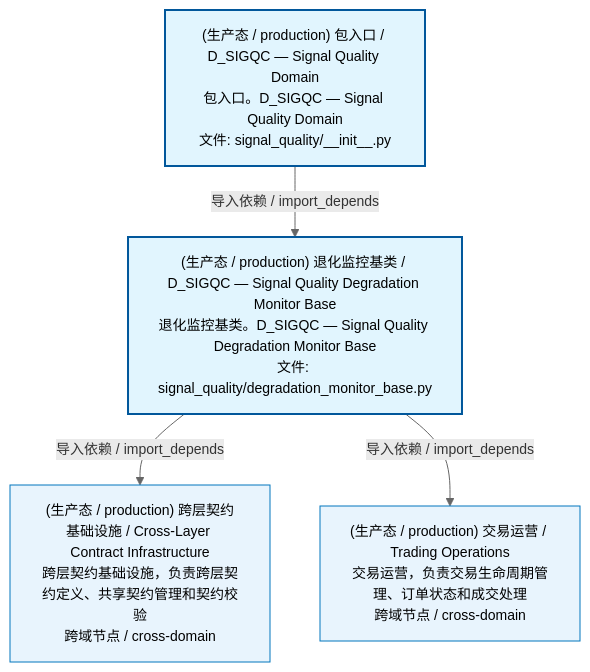
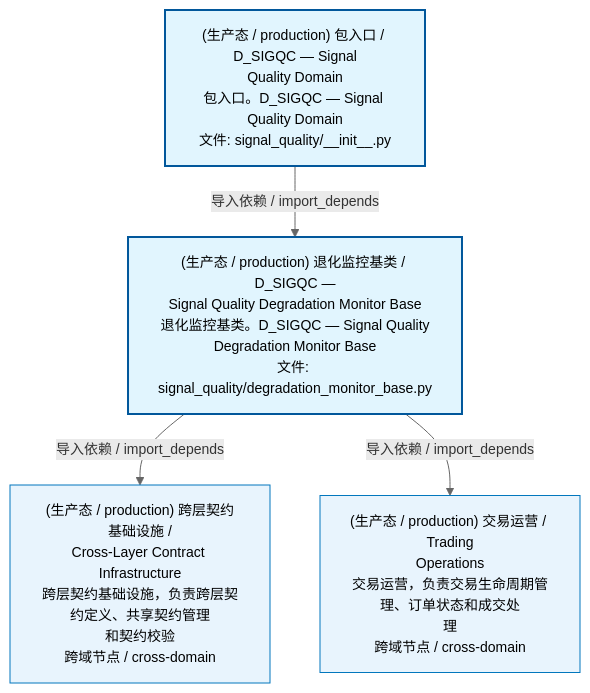
Before and after one commit to xuanFelixVan/ZephyrAlpha: the first of 3 diagrams in docs/02_enterprise_architecture/02_domain_architecture_docs/69_d_sigqc.md, drawn with Mermaid. The commit also changed other lines of this file and 61 other files, not shown here.

````diff
--- a/docs/02_enterprise_architecture/02_domain_architecture_docs/69_d_sigqc.md
+++ b/docs/02_enterprise_architecture/02_domain_architecture_docs/69_d_sigqc.md
@@ -53,17 +53,17 @@
 ```mermaid
 %%{init: {'theme': 'base', 'themeVariables': {'primaryColor': '#eaeaea', 'primaryTextColor': '#333333', 'primaryBorderColor': '#666666', 'lineColor': '#666666', 'secondaryColor': '#eaeaea', 'tertiaryColor': '#eaeaea', 'fontSize': '14px'}}}%%
 flowchart TD
-    src_zephyr_signal_quality_init_py["(生产态 / production) 包入口 / D_SIGQC — Signal Quality Domain<br/>包入口。D_SIGQC — Signal Quality Domain<br/>文件: signal_quality/__init__.py"]
-    src_zephyr_signal_quality_degradation_monitor_base_py["(生产态 / production) 退化监控基类 / D_SIGQC — Signal Quality Degradation Monitor Base<br/>退化监控基类。D_SIGQC — Signal Quality Degradation Monitor Base<br/>文件: signal_quality/degradation_monitor_base.py"]
+    src_zephyr_signal_quality_init_py["(生产态 / production) 包入口 / D_SIGQC — Signal<br/>Quality Domain<br/>包入口。D_SIGQC — Signal Quality Domain<br/>文件: signal_quality/__init__.py"]
+    src_zephyr_signal_quality_degradation_monitor_base_py["(生产态 / production) 退化监控基类 / D_SIGQC —<br/>Signal Quality Degradation Monitor Base<br/>退化监控基类。D_SIGQC — Signal Quality<br/>Degradation Monitor Base<br/>文件: signal_quality/degradation_monitor_base.py"]
     src_zephyr_signal_quality_init_py -->|导入依赖 / import_depends| src_zephyr_signal_quality_degradation_monitor_base_py
-    D_INFRASTRUCTURE["(生产态 / production) 跨层契约基础设施 / Cross-Layer Contract Infrastructure<br/>跨层契约基础设施，负责跨层契约定义、共享契约管理和契约校验<br/>跨域节点 / cross-domain"]
+    D_INFRASTRUCTURE["(生产态 / production) 跨层契约基础设施 /<br/>Cross-Layer Contract Infrastructure<br/>跨层契约基础设施，负责跨层契约定义、共享契约管理<br/>和契约校验<br/>跨域节点 / cross-domain"]
     src_zephyr_signal_quality_degradation_monitor_base_py -->|导入依赖 / import_depends| D_INFRASTRUCTURE
-    D_TRADING["(生产态 / production) 交易运营 / Trading Operations<br/>交易运营，负责交易生命周期管理、订单状态和成交处理<br/>跨域节点 / cross-domain"]
+    D_TRADING["(生产态 / production) 交易运营 / Trading<br/>Operations<br/>交易运营，负责交易生命周期管理、订单状态和成交处<br/>理<br/>跨域节点 / cross-domain"]
     src_zephyr_signal_quality_degradation_monitor_base_py -->|导入依赖 / import_depends| D_TRADING
     classDef production fill:#e1f5fe,stroke:#01579b,stroke-width:2px,color:#000
     classDef design fill:#fff3e0,stroke:#e65100,stroke-width:2px,color:#000,stroke-dasharray: 5 5
     classDef external_prod fill:#e8f4fd,stroke:#0277bd,stroke-width:1px,color:#000
     classDef external_design fill:#fff8e7,stroke:#ef6c00,stroke-width:1px,color:#000,stroke-dasharray: 5 5
     class src_zephyr_signal_quality_init_py,src_zephyr_signal_quality_degradation_monitor_base_py production
     class D_INFRASTRUCTURE,D_TRADING external_prod
 ```
````
